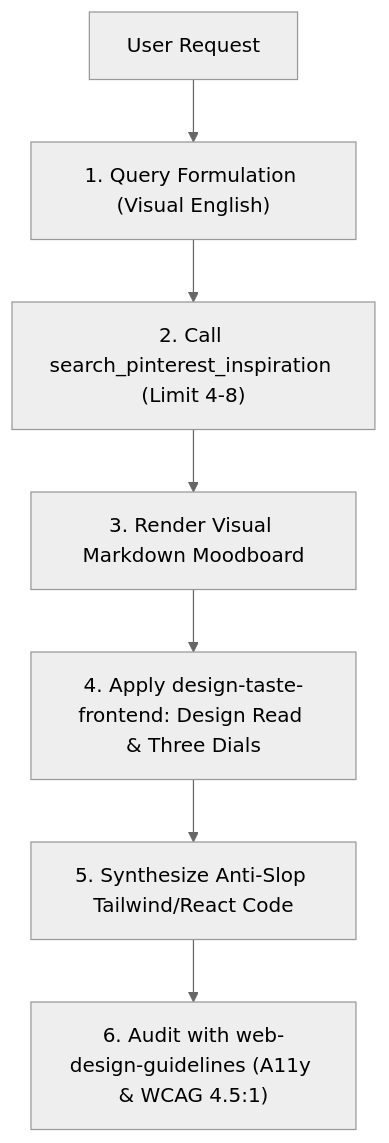
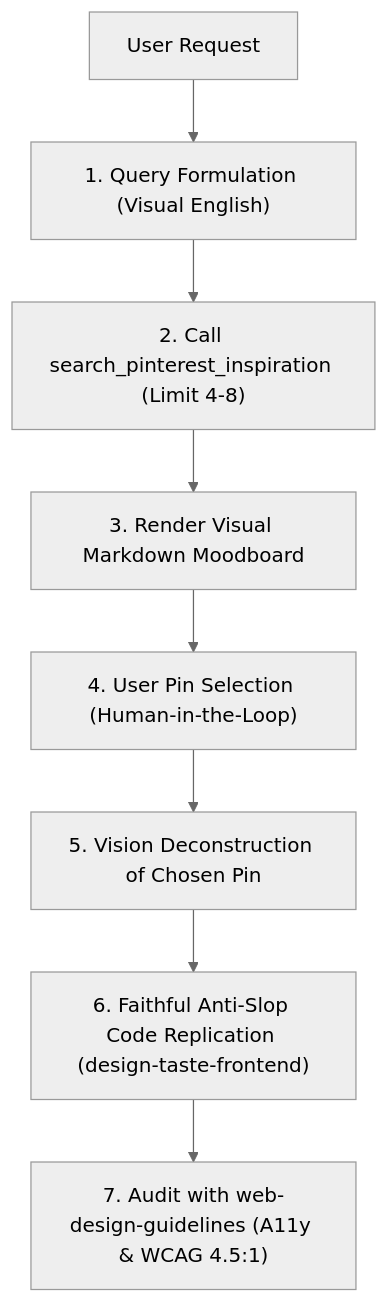
One commit to khanhnkq/pinterest-inspired-plugin changed the diagram in AGENTS.md. Above: the diagram before and after it, drawn with Mermaid (neutral theme). The commit also changed other lines of this file and 4 other files, not shown here.

Commit message:
feat(workflow): add human-in-the-loop pin selection and faithful 1:1 visual replication of Pin 1

````diff
--- a/AGENTS.md
+++ b/AGENTS.md
@@ -53,9 +53,10 @@
 ```mermaid
 flowchart TD
     User["User Request"] --> Query["1. Query Formulation (Visual English)"]
     Query --> Fetch["2. Call search_pinterest_inspiration (Limit 4-8)"]
     Fetch --> Moodboard["3. Render Visual Markdown Moodboard"]
-    Moodboard --> Taste["4. Apply design-taste-frontend: Design Read & Three Dials"]
-    Taste --> Code["5. Synthesize Anti-Slop Tailwind/React Code"]
-    Code --> Audit["6. Audit with web-design-guidelines (A11y & WCAG 4.5:1)"]
+    Moodboard --> Select["4. User Pin Selection (Human-in-the-Loop)"]
+    Select --> Deconstruct["5. Vision Deconstruction of Chosen Pin"]
+    Deconstruct --> Taste["6. Faithful Anti-Slop Code Replication (design-taste-frontend)"]
+    Taste --> Audit["7. Audit with web-design-guidelines (A11y & WCAG 4.5:1)"]
 ```
````
